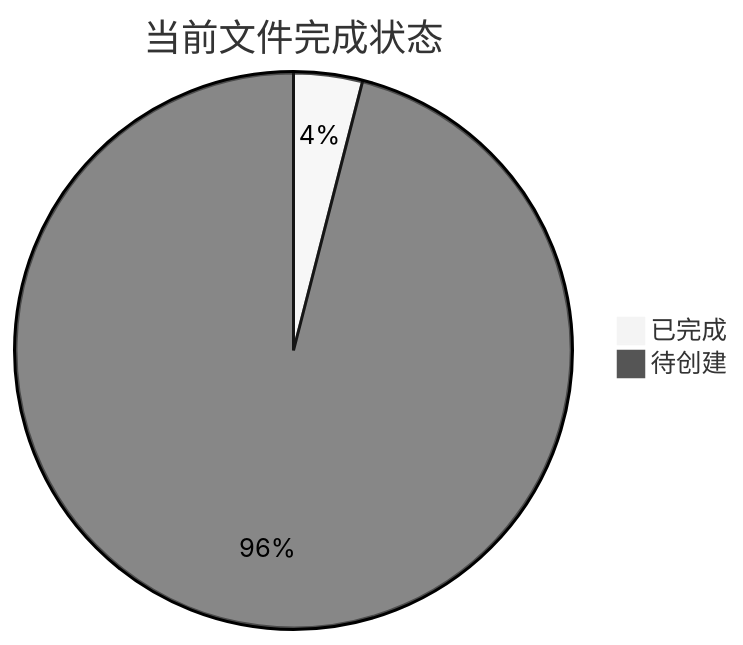
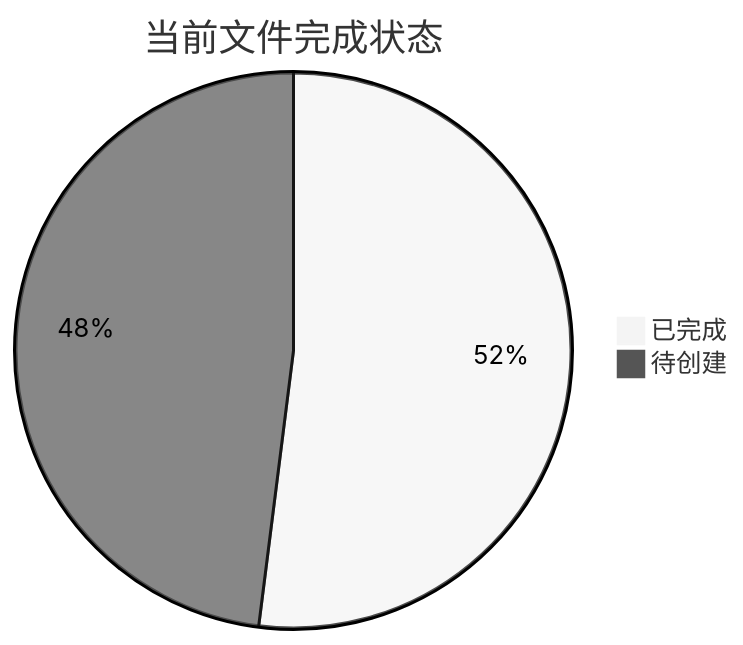
The fifth of 5 diagrams in docs/binaryuniverse/README.md (loning/the-binarymath), drawn with Mermaid (neutral theme) before and after one commit. The commit also changed other lines of this file and 17 other files, not shown here.

````diff
--- a/docs/binaryuniverse/README.md
+++ b/docs/binaryuniverse/README.md
@@ -401,5 +409,5 @@
 ```mermaid
 pie title 当前文件完成状态
-    "已完成" : 2
-    "待创建" : 48
+    "已完成" : 26
+    "待创建" : 24
 ```
````
